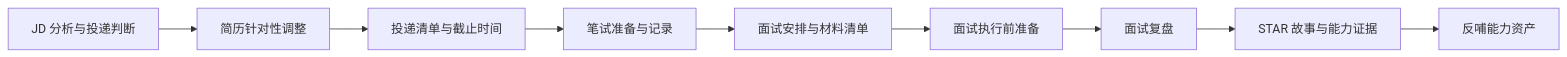
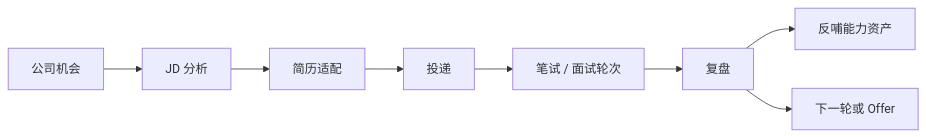
The fourth of 4 diagrams in docs/PRODUCT_DESIGN_V0.1.md (XN-289/Get-Yourself), drawn with Mermaid before and after one commit. The commit also changed other lines of this file and 4 other files, not shown here.

````diff
--- a/docs/PRODUCT_DESIGN_V0.1.md
+++ b/docs/PRODUCT_DESIGN_V0.1.md
@@ -563,11 +563,10 @@
 ```mermaid
 flowchart LR
-  A[JD 分析与投递判断] --> B[简历针对性调整]
-  B --> C[投递清单与截止时间]
-  C --> D[笔试准备与记录]
-  D --> E[面试安排与材料清单]
-  E --> F[面试执行前准备]
-  F --> G[面试复盘]
-  G --> H[STAR 故事与能力证据]
-  H --> I[反哺能力资产]
+  O[公司机会] --> A[JD 分析]
+  A --> B[简历适配]
+  B --> C[投递]
+  C --> D[笔试 / 面试轮次]
+  D --> E[复盘]
+  E --> F[反哺能力资产]
+  E --> G[下一轮或 Offer]
 ```
````
